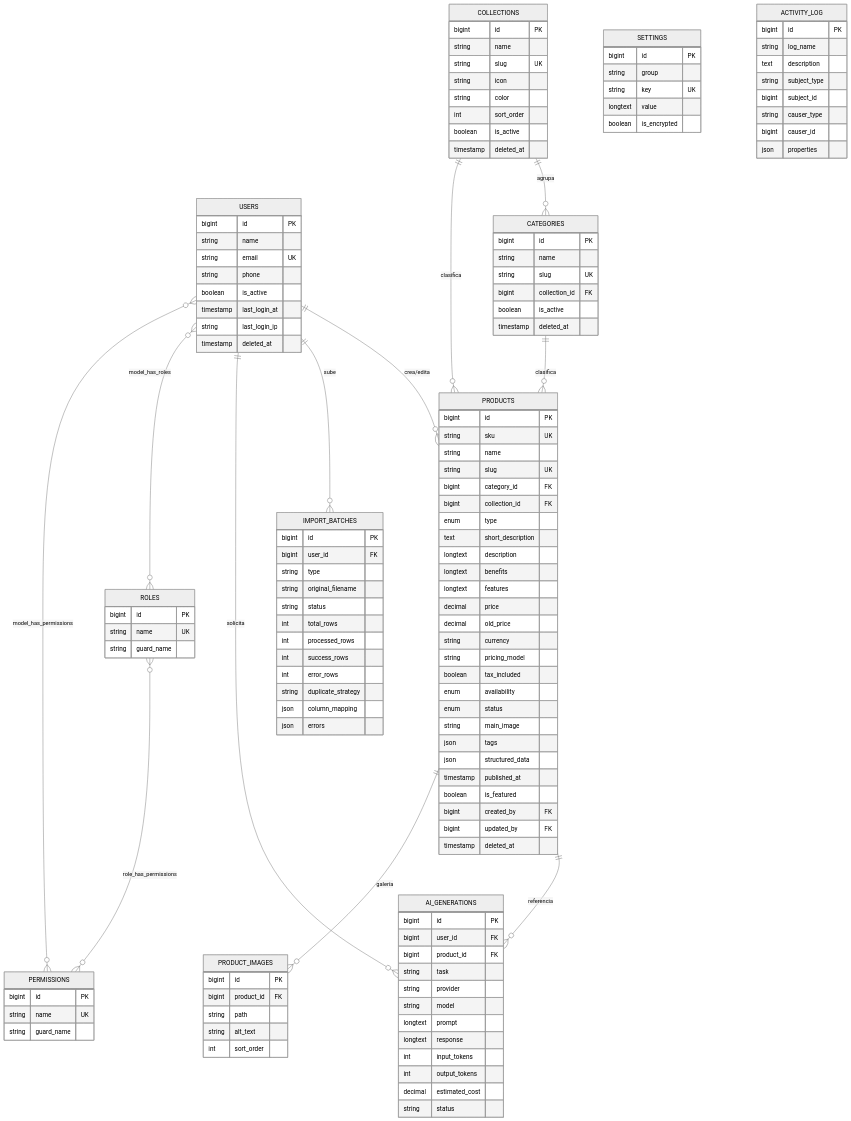
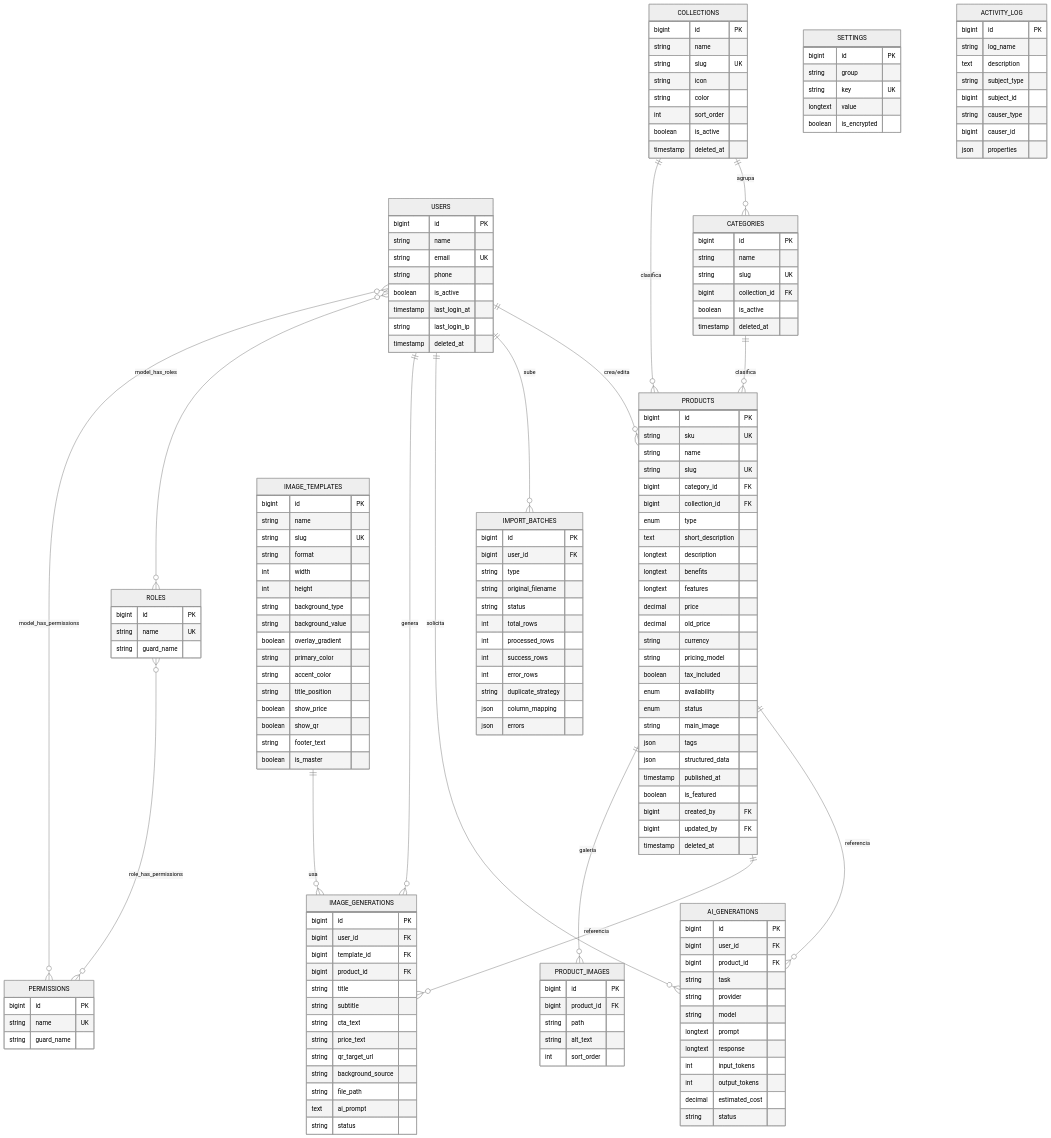
Before and after one commit to fcmmx/nodo-catalog-manager: the diagram in DATABASE-DIAGRAM.md, drawn with Mermaid (neutral theme). The commit also changed other lines of this file and 35 other files, not shown here.

```diff
--- a/DATABASE-DIAGRAM.md
+++ b/DATABASE-DIAGRAM.md
@@ -7,7 +7,10 @@
     USERS ||--o{ PRODUCTS : "crea/edita"
     USERS ||--o{ IMPORT_BATCHES : "sube"
     USERS ||--o{ AI_GENERATIONS : "solicita"
+    USERS ||--o{ IMAGE_GENERATIONS : "genera"
     PRODUCTS ||--o{ AI_GENERATIONS : "referencia"
+    PRODUCTS ||--o{ IMAGE_GENERATIONS : "referencia"
+    IMAGE_TEMPLATES ||--o{ IMAGE_GENERATIONS : "usa"
     COLLECTIONS ||--o{ CATEGORIES : "agrupa"
     COLLECTIONS ||--o{ PRODUCTS : "clasifica"
     CATEGORIES ||--o{ PRODUCTS : "clasifica"
@@ -122,6 +125,41 @@
         string status
     }
 
+    IMAGE_TEMPLATES {
+        bigint id PK
+        string name
+        string slug UK
+        string format
+        int width
+        int height
+        string background_type
+        string background_value
+        boolean overlay_gradient
+        string primary_color
+        string accent_color
+        string title_position
+        boolean show_price
+        boolean show_qr
+        string footer_text
+        boolean is_master
+    }
+
+    IMAGE_GENERATIONS {
+        bigint id PK
+        bigint user_id FK
+        bigint template_id FK
+        bigint product_id FK
+        string title
+        string subtitle
+        string cta_text
+        string price_text
+        string qr_target_url
+        string background_source
+        string file_path
+        text ai_prompt
+        string status
+    }
+
     ROLES {
         bigint id PK
         string name UK
```
